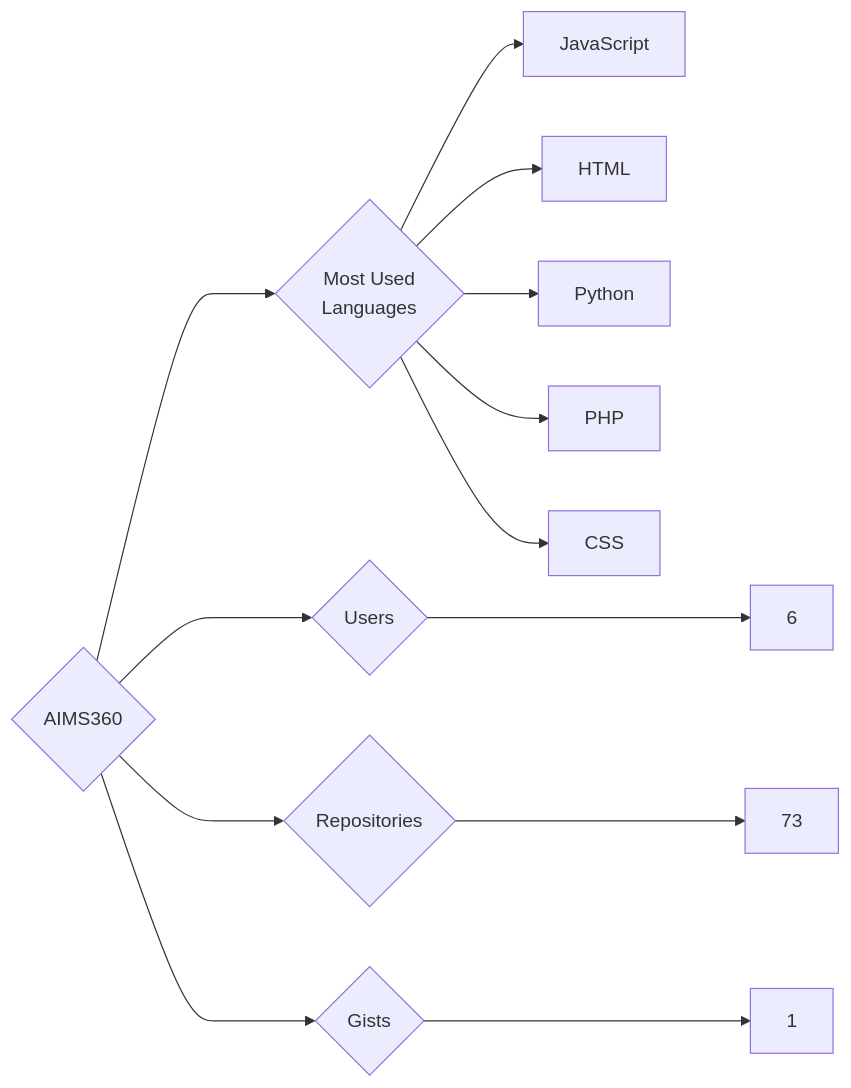
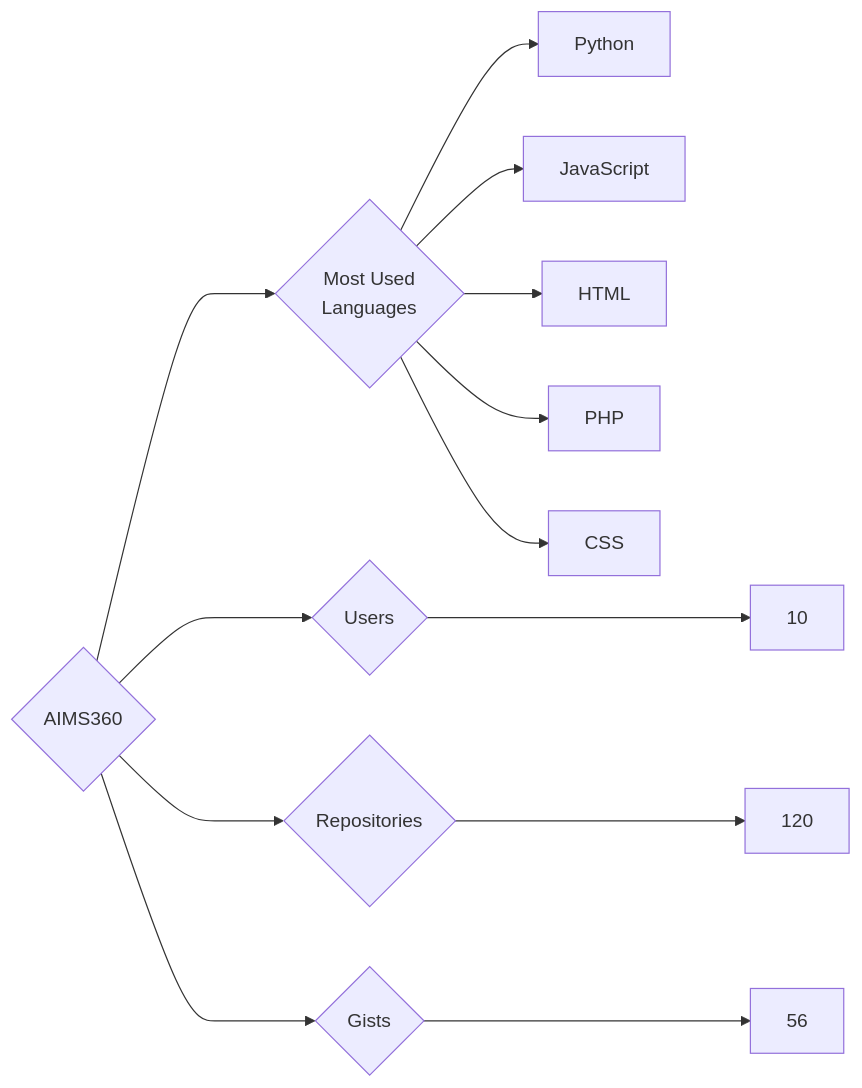
The diagram in targets/AIMS360/README.md (trickest/insiders), drawn with Mermaid before and after one commit. The commit also changed 1166 other files, not shown here.

````diff
--- a/targets/AIMS360/README.md
+++ b/targets/AIMS360/README.md
@@ -3,13 +3,13 @@
 ```mermaid
 graph LR
 COMPANY_NAME{AIMS360}
-COMPANY_NAME ---> U{Users} ---> UN[6]
-COMPANY_NAME ---> R{Repositories} ---> RN[73]
-COMPANY_NAME ---> G{Gists} ---> GN[1]
+COMPANY_NAME ---> U{Users} ---> UN[10]
+COMPANY_NAME ---> R{Repositories} ---> RN[120]
+COMPANY_NAME ---> G{Gists} ---> GN[56]
 COMPANY_NAME ---> ML{Most Used<br>Languages}
+ML --> Python[Python]
 ML --> JavaScript[JavaScript]
 ML --> HTML[HTML]
-ML --> Python[Python]
 ML --> PHP[PHP]
 ML --> CSS[CSS]
 ```
````
